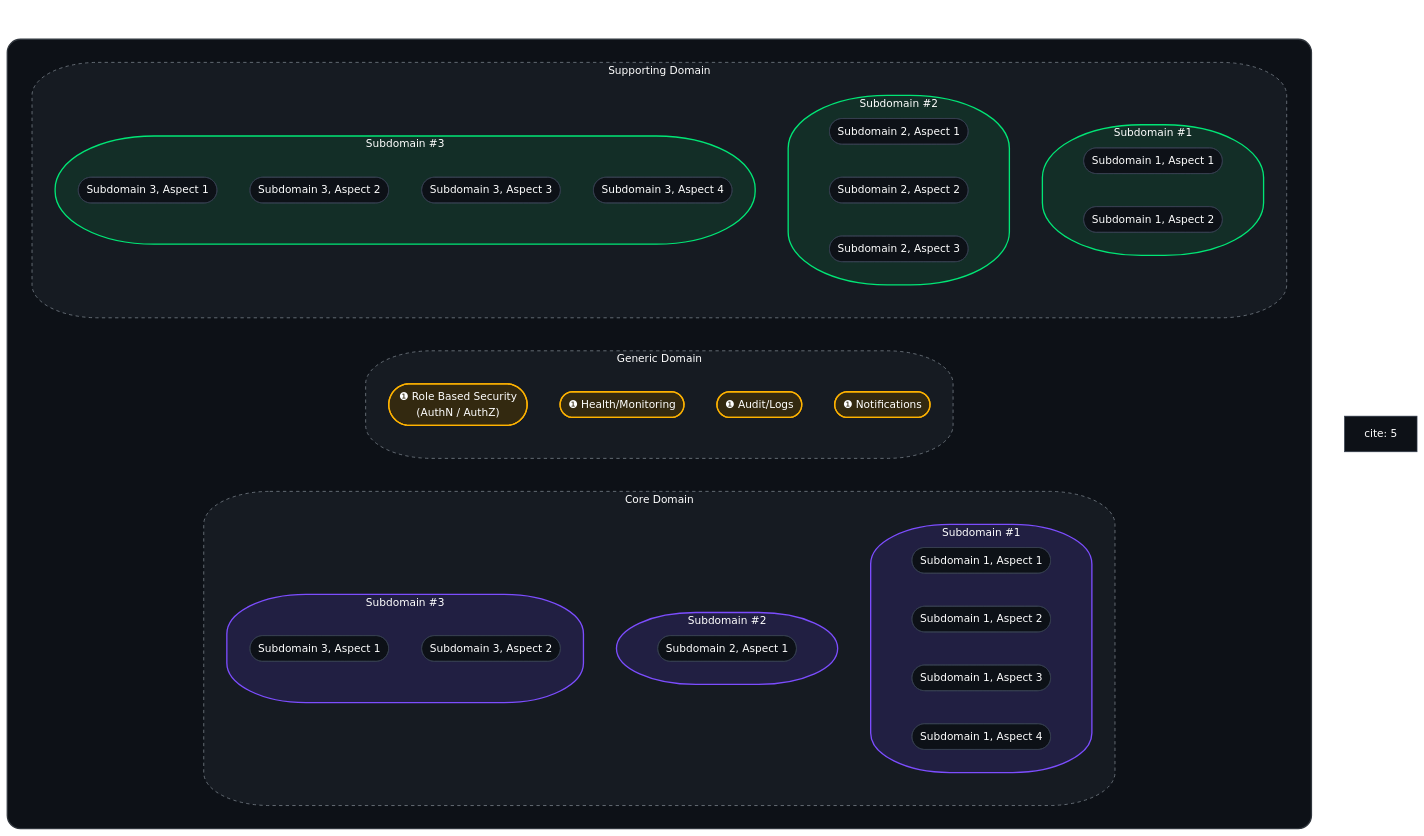
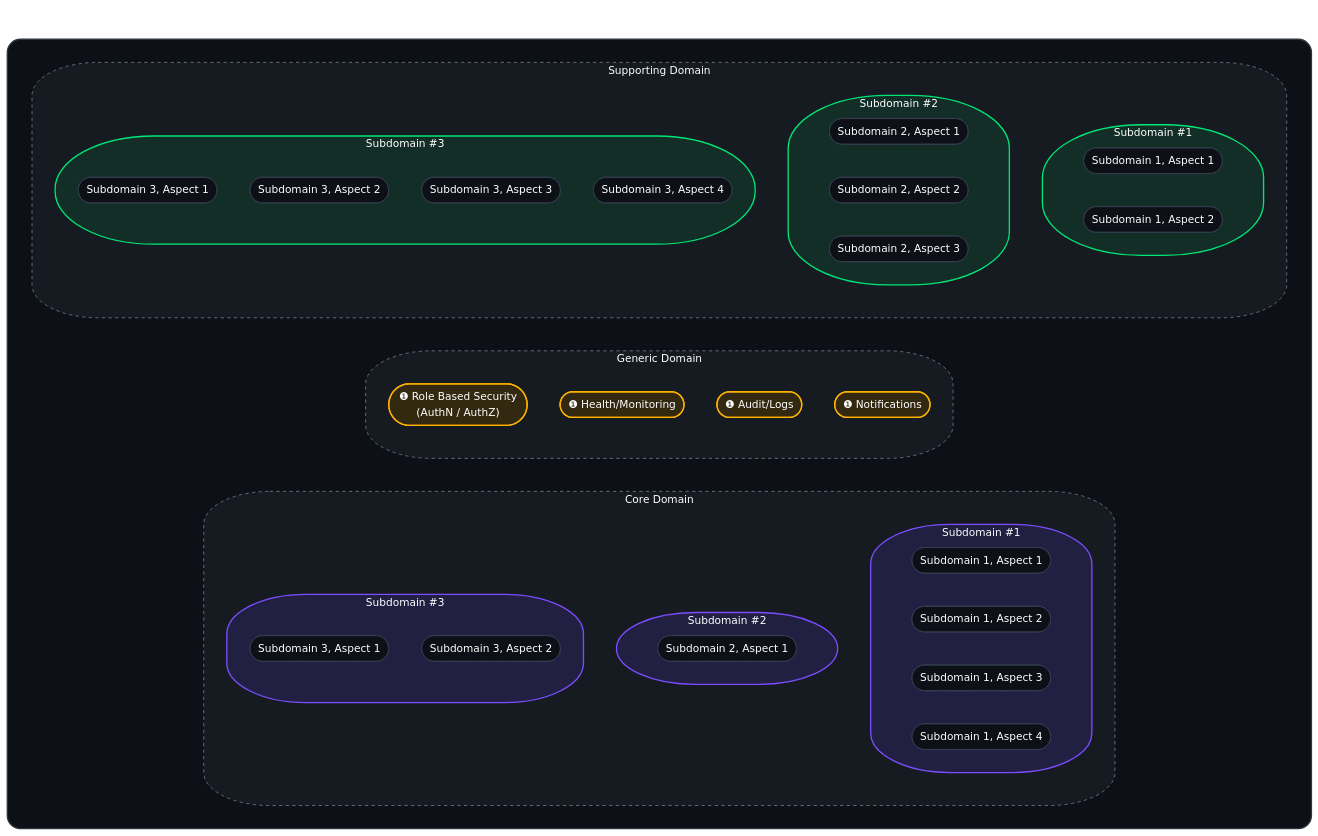
Before and after one commit to govindthange/playbooks: the diagram in mermaid/ddd-templates/dark-theme/problem-space.tpl.mmd, drawn with Mermaid.

Commit message:
Remove random text in mermaid

````diff
--- a/mermaid/ddd-templates/dark-theme/problem-space.tpl.mmd
+++ b/mermaid/ddd-templates/dark-theme/problem-space.tpl.mmd
@@ -1,100 +1,99 @@
 ---
 title: "Application Title - DDD: Problem Space"
 config:
   flowchart:
     curve: basis
   theme: base
   themeVariables:
     primaryColor: '#1F2937'
     primaryTextColor: '#FFFFFF'
     primaryBorderColor: '#374151'
     lineColor: '#00E5FF'
     edgeLabelBackground: 'transparent'
     fontFamily: 'Inter, system-ui, sans-serif'
     mainBkg: '#0D1117'
     secondBkg: '#161B22'
     tertiaryColor: '#21262D'
     clusterBkg: '#161B22'
     clusterBorder: '#30363D'
     background: '#0D1117'
     secondaryColor: '#21262D'
     tertiaryTextColor: '#FFFFFF'
     secondaryTextColor: '#FFFFFF'
     textColor: '#FFFFFF'
     nodeTextColor: '#FFFFFF'
   themeCSS: '.edgeLabel, .edgeLabels, .edgeLabel *, .edgeLabels *, .edgeLabel .label, .edgeLabels .label, .edgeLabel p, .edgeLabels p, .edgeLabel div, .edgeLabels div, .edgeLabel foreignObject, .edgeLabels foreignObject, .edgeLabel rect, .edgeLabels rect, .edgeLabel span, .edgeLabels span, .label rect, tspan { background-color: transparent !important; background: transparent !important; fill: transparent !important; stroke: none !important; } .edgeLabel .label text, .edgeLabel text, .edgeLabels text, .edgeLabel p, .edgeLabels p, .edgeLabel span, .edgeLabels span { color: #8B949E !important; fill: #8B949E !important; }'
 ---
 
 flowchart TB
     subgraph mainContainer[" "]
         direction LR
         
         %% Core Domain
         subgraph coreDomain["Core Domain"]
             direction TB
             
             subgraph coreSubdomain1["Subdomain #1"]
                 coreSubdomain1Aspect1(["Subdomain 1, Aspect 1"])
                 coreSubdomain1Aspect2(["Subdomain 1, Aspect 2"])
                 coreSubdomain1Aspect3(["Subdomain 1, Aspect 3"])
                 coreSubdomain1Aspect4(["Subdomain 1, Aspect 4"])
             end
             
             subgraph coreSubdomain2["Subdomain #2"]
                 coreSubdomain2Aspect1(["Subdomain 2, Aspect 1"])
             end
             
             subgraph coreSubdomain3["Subdomain #3"]
                 coreSubdomain3Aspect1(["Subdomain 3, Aspect 1"])
                 coreSubdomain3Aspect2(["Subdomain 3, Aspect 2"])
             end
             
         end
         
         %% Generic Domain
         subgraph genericDomain["Generic Domain"]
             genericAuthNZ(["❶ Role Based Security<br>(AuthN / AuthZ)"])
             genericHealthMonitoring(["❶ Health/Monitoring"])
             genericAuditLogs(["❶ Audit/Logs"])
             genericNotifications(["❶ Notifications"])
         end
         
         %% Supporting Domain
         subgraph supportingDomain["Supporting Domain"]
             
             subgraph supportingSubdomain1["Subdomain #1"]
                 supportingSubdomain1Aspect1(["Subdomain 1, Aspect 1"])
                 supportingSubdomain1Aspect2(["Subdomain 1, Aspect 2"])
             end
             
             subgraph supportingSubdomain2["Subdomain #2"]
                 supportingSubdomain2Aspect1(["Subdomain 2, Aspect 1"])
                 supportingSubdomain2Aspect2(["Subdomain 2, Aspect 2"])
                 supportingSubdomain2Aspect3(["Subdomain 2, Aspect 3"])
             end
             
             subgraph supportingSubdomain3["Subdomain #3"]
                 supportingSubdomain3Aspect1(["Subdomain 3, Aspect 1"])
                 supportingSubdomain3Aspect2(["Subdomain 3, Aspect 2"])
                 supportingSubdomain3Aspect3(["Subdomain 3, Aspect 3"])
                 supportingSubdomain3Aspect4(["Subdomain 3, Aspect 4"])
             end
             
         end
 
     end
 
     %% Dark Theme Problem Space Styling Classes
     classDef subdomainClass fill:#161B22,stroke:#8B949E,stroke-dasharray: 5 5,rx:100,ry:50,color:#FFFFFF;
     classDef coreDomainClass fill:#211F42,stroke:#7C4DFF,stroke-width:2px,rx:120,ry:60,color:#FFFFFF;
     classDef supportingDomainClass fill:#132E27,stroke:#00E676,stroke-width:2px,rx:150,ry:80,color:#FFFFFF;
     classDef genericDomainClass fill:#332910,stroke:#FFB300,stroke-width:2px,rx:120,ry:60,color:#FFFFFF;
     
     class coreDomain,genericDomain,supportingDomain subdomainClass;
     class coreSubdomain1,coreSubdomain2,coreSubdomain3 coreDomainClass;
     class supportingSubdomain1,supportingSubdomain2,supportingSubdomain3 supportingDomainClass;
     class genericAuthNZ,genericHealthMonitoring,genericAuditLogs,genericNotifications genericDomainClass;
 
     %% Subgraph Box Container Styling
     style mainContainer fill:#0D1117,stroke:#30363D,stroke-width:2px,rx:20px,ry:20px;
-```[cite: 5]
````
